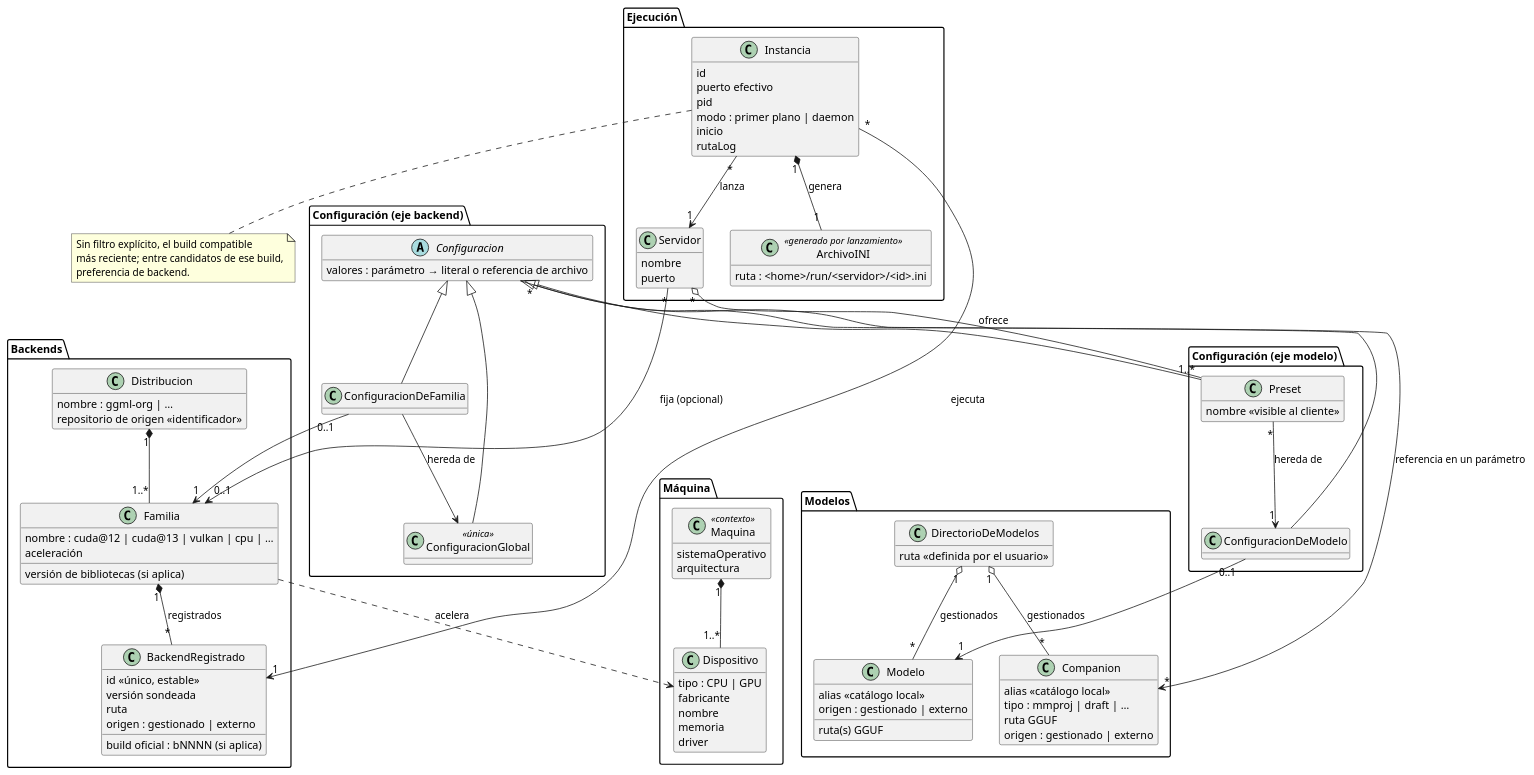
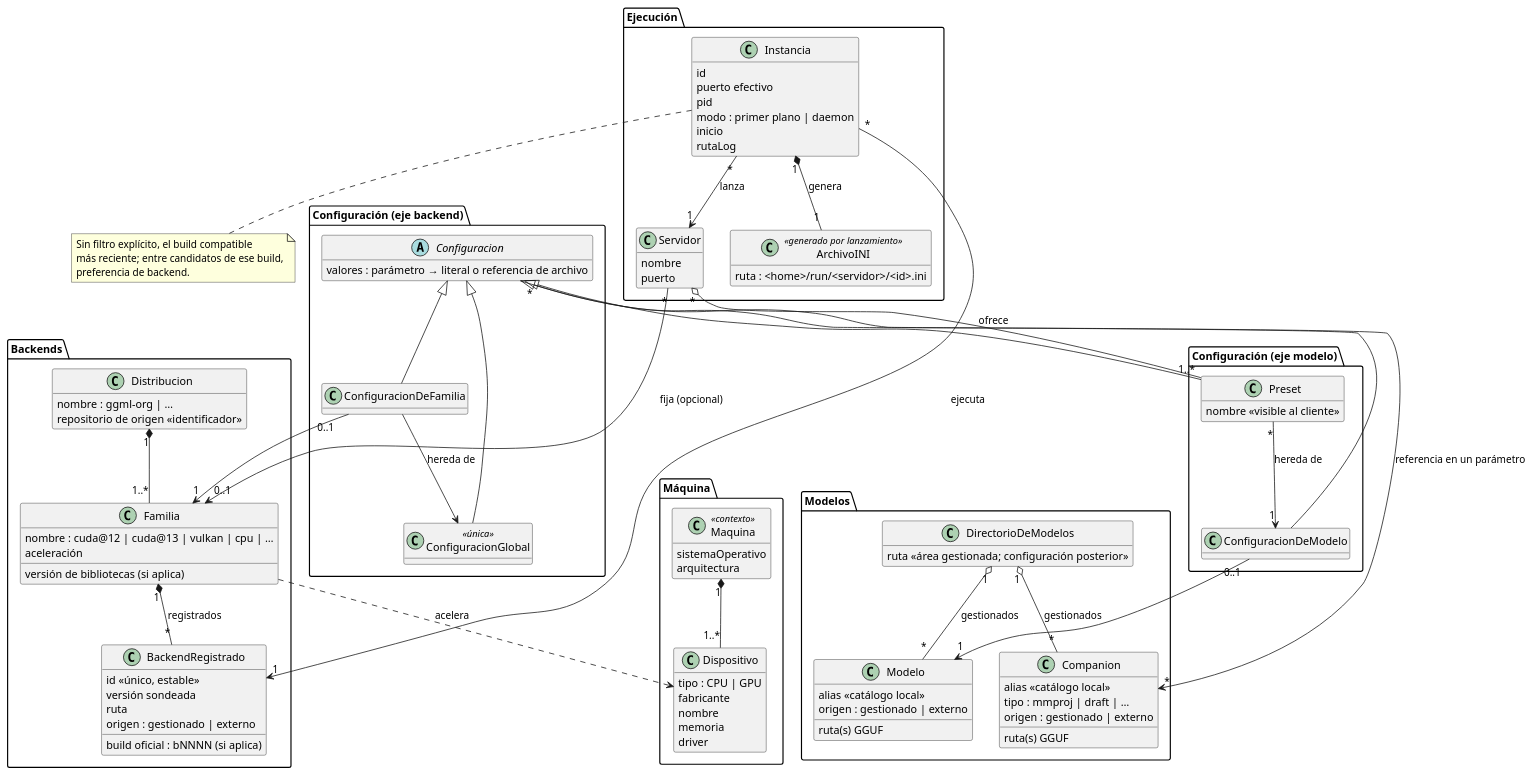
One commit to mstranich/coquena changed the first of 3 diagrams in docs/modelo-de-datos.md. Above: the diagram before and after it, drawn with PlantUML. The commit also changed other lines of this file and 11 other files, not shown here.

Commit message:
docs: alinear y simplificar catálogo, descargas y diagramas

```diff
--- a/docs/modelo-de-datos.md
+++ b/docs/modelo-de-datos.md
@@ -47,7 +47,7 @@
 
 package Modelos {
   class DirectorioDeModelos {
-    ruta <<definida por el usuario>>
+    ruta <<área gestionada; configuración posterior>>
   }
   class Modelo {
     alias <<catálogo local>>
@@ -57,7 +57,7 @@
   class Companion {
     alias <<catálogo local>>
     tipo : mmproj | draft | …
-    ruta GGUF
+    ruta(s) GGUF
     origen : gestionado | externo
   }
 }
```
